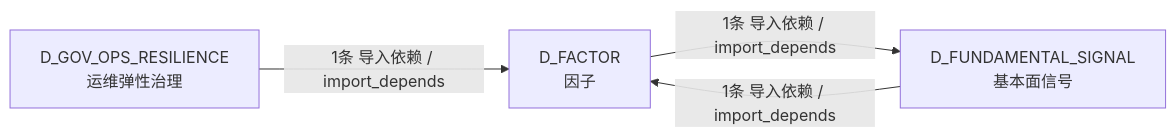
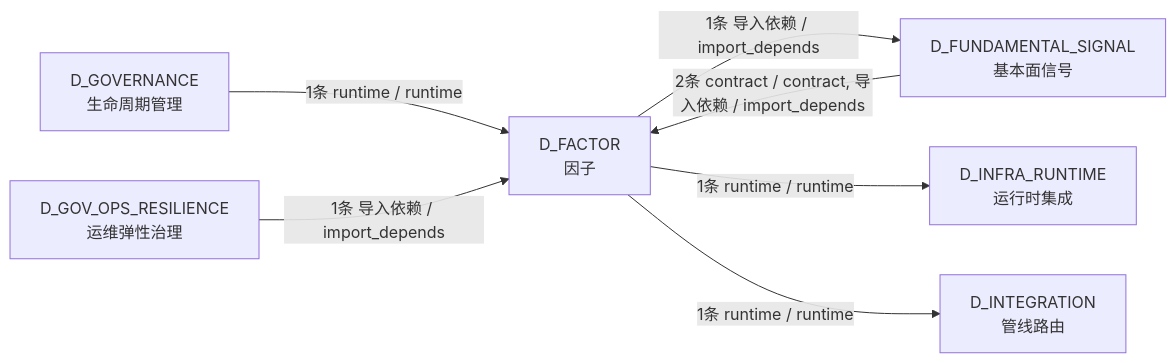
The fourth of 4 diagrams in docs/02_enterprise_architecture/02_domain_architecture_docs/36_d_factor.md (xuanFelixVan/ZephyrAlpha), drawn with Mermaid before and after one commit. The commit also changed other lines of this file and 81 other files, not shown here.

````diff
--- a/docs/02_enterprise_architecture/02_domain_architecture_docs/36_d_factor.md
+++ b/docs/02_enterprise_architecture/02_domain_architecture_docs/36_d_factor.md
@@ -167,9 +186,15 @@
 ```mermaid
 graph LR
     D_FACTOR["D_FACTOR<br/>因子"]
     D_FUNDAMENTAL_SIGNAL["D_FUNDAMENTAL_SIGNAL<br/>基本面信号"]
+    D_INFRA_RUNTIME["D_INFRA_RUNTIME<br/>运行时集成"]
+    D_INTEGRATION["D_INTEGRATION<br/>管线路由"]
+    D_GOVERNANCE["D_GOVERNANCE<br/>生命周期管理"]
     D_GOV_OPS_RESILIENCE["D_GOV_OPS_RESILIENCE<br/>运维弹性治理"]
     D_FACTOR -->|1条 导入依赖 / import_depends| D_FUNDAMENTAL_SIGNAL
-    D_FUNDAMENTAL_SIGNAL -->|1条 导入依赖 / import_depends| D_FACTOR
+    D_FACTOR -->|1条 runtime / runtime| D_INFRA_RUNTIME
+    D_FACTOR -->|1条 runtime / runtime| D_INTEGRATION
+    D_FUNDAMENTAL_SIGNAL -->|2条 contract / contract, 导入依赖 / import_depends| D_FACTOR
+    D_GOVERNANCE -->|1条 runtime / runtime| D_FACTOR
     D_GOV_OPS_RESILIENCE -->|1条 导入依赖 / import_depends| D_FACTOR
 ```
````
